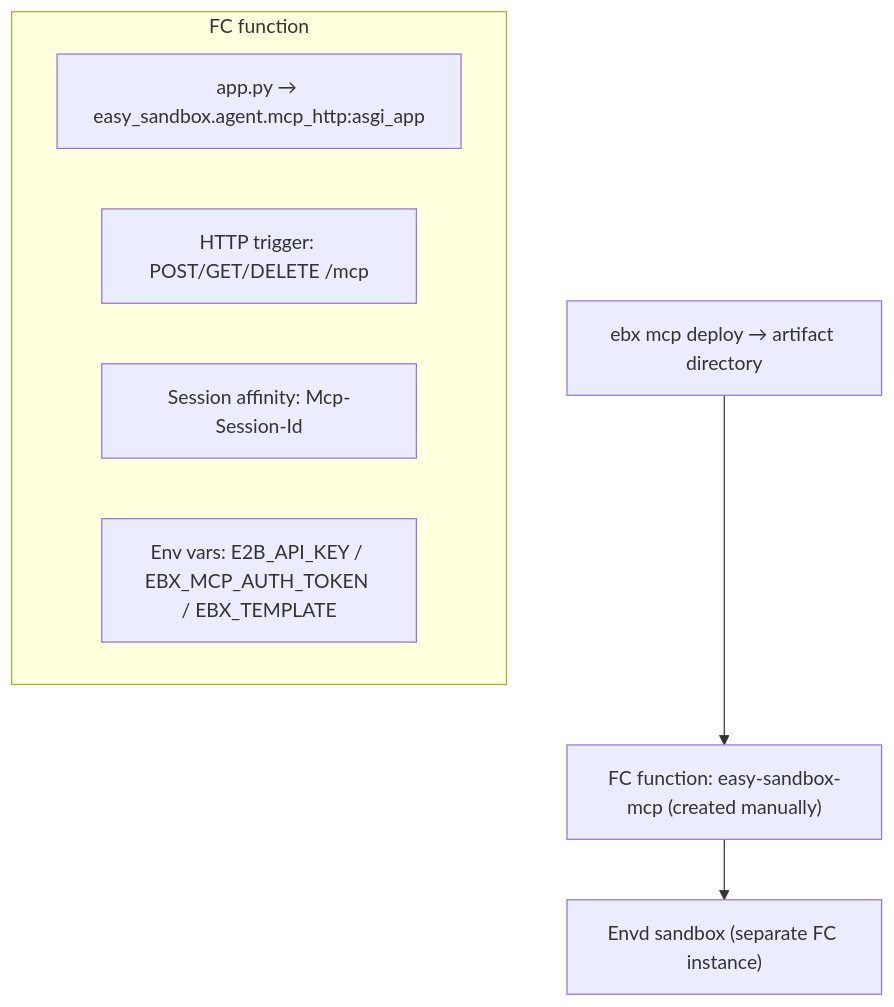
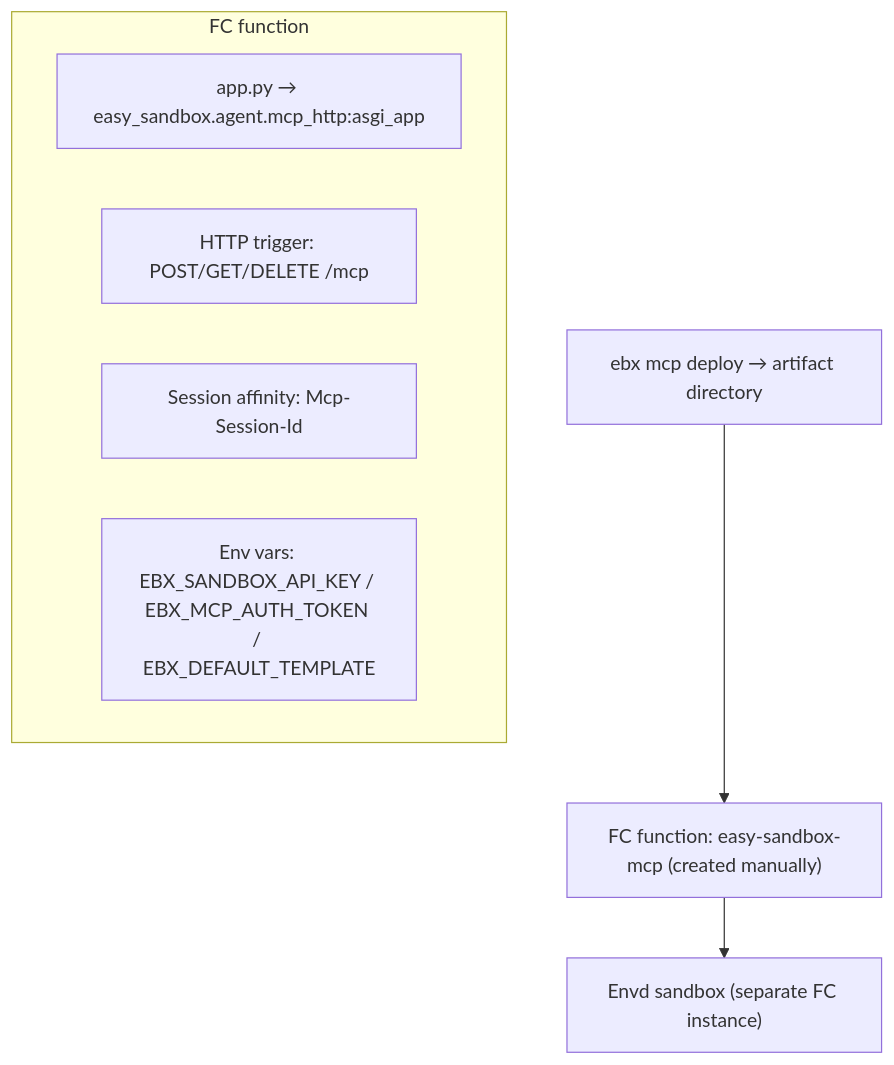
Before and after one commit to Alibaba-Agent-Sandbox/python-sdk: the sixth of 6 diagrams in docs/en/design/mcp-server.md, drawn with Mermaid. The commit also changed other lines of this file and 133 other files, not shown here.

First line of the commit message:
Stop repeating config-load warnings and name the current API key.

````diff
--- a/docs/en/design/mcp-server.md
+++ b/docs/en/design/mcp-server.md
@@ -412,16 +412,16 @@
 ```mermaid
 graph TB
     CLI["ebx mcp deploy → artifact directory"]
     FC["FC function: easy-sandbox-mcp (created manually)"]
     Sandbox["Envd sandbox (separate FC instance)"]
 
     CLI --> FC
     FC --> Sandbox
 
     subgraph FC_Function ["FC function"]
         ASGI["app.py → easy_sandbox.agent.mcp_http:asgi_app"]
         Trigger["HTTP trigger: POST/GET/DELETE /mcp"]
         Session["Session affinity: Mcp-Session-Id"]
-        Env["Env vars: E2B_API_KEY / EBX_MCP_AUTH_TOKEN / EBX_TEMPLATE"]
+        Env["Env vars: EBX_SANDBOX_API_KEY / EBX_MCP_AUTH_TOKEN / EBX_DEFAULT_TEMPLATE"]
     end
 ```
````
